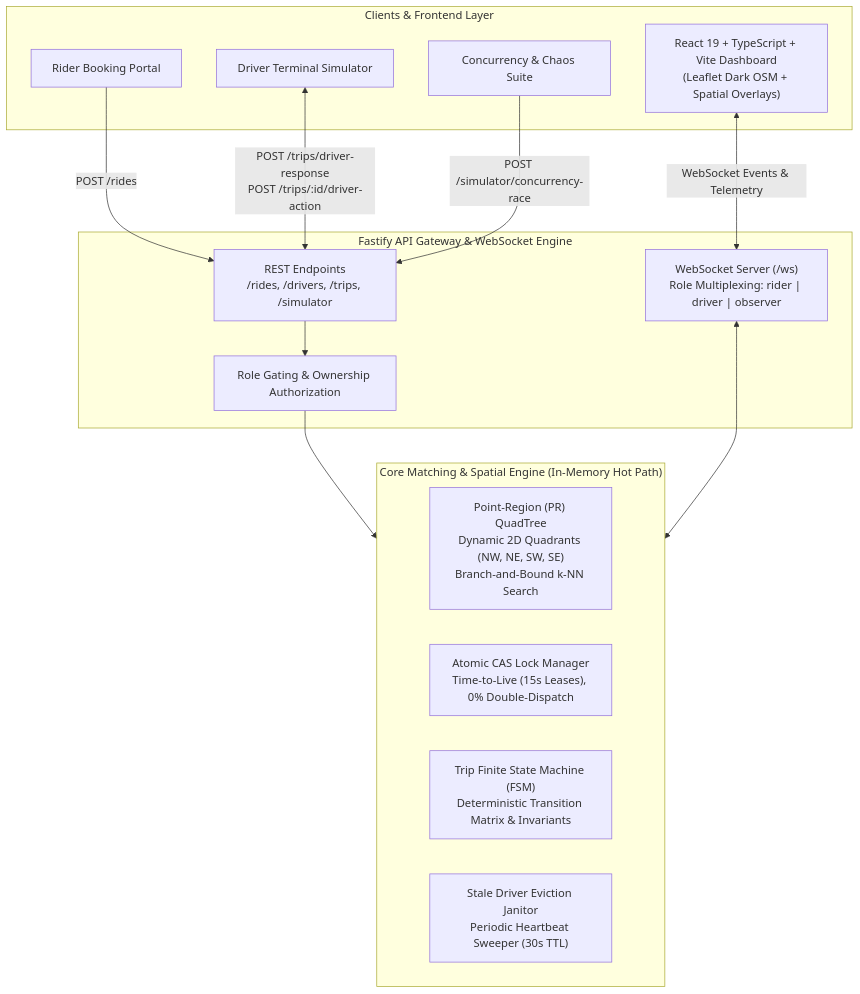
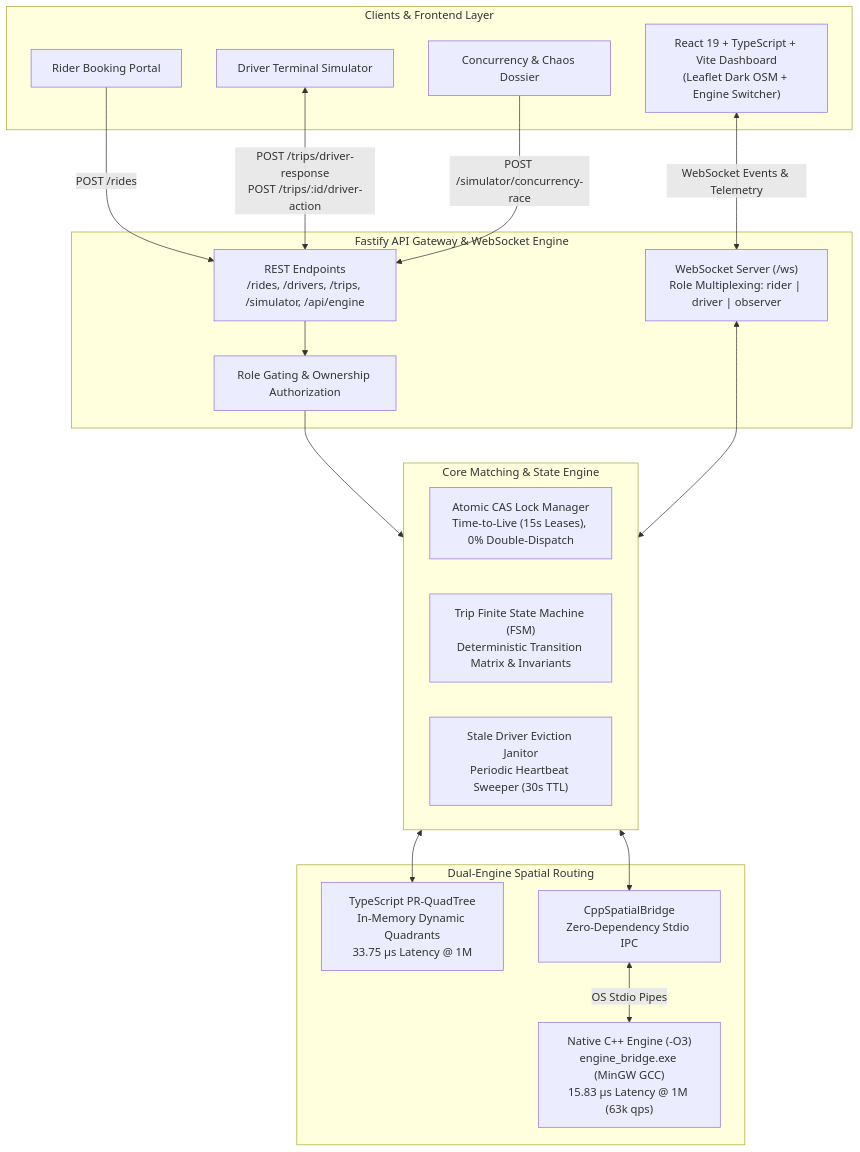
One commit to Souma061/InstaRide changed the first of 2 diagrams in README.md. Above: the diagram before and after it, drawn with Mermaid. The commit also changed other lines of this file, not shown here.

Commit message:
feat: Update README to reflect dual-engine architecture and benchmark results

````diff
--- a/README.md
+++ b/README.md
@@ -16,30 +17,38 @@
 ```mermaid
 graph TB
     subgraph Clients["Clients & Frontend Layer"]
-        UI["React 19 + TypeScript + Vite Dashboard<br/>(Leaflet Dark OSM + Spatial Overlays)"]
+        UI["React 19 + TypeScript + Vite Dashboard<br/>(Leaflet Dark OSM + Engine Switcher)"]
         RiderClient["Rider Booking Portal"]
         DriverClient["Driver Terminal Simulator"]
-        ChaosSuite["Concurrency & Chaos Suite"]
+        ChaosSuite["Concurrency & Chaos Dossier"]
     end
 
     subgraph Gateway["Fastify API Gateway & WebSocket Engine"]
-        HTTP["REST Endpoints<br/>/rides, /drivers, /trips, /simulator"]
+        HTTP["REST Endpoints<br/>/rides, /drivers, /trips, /simulator, /api/engine"]
         WS["WebSocket Server (/ws)<br/>Role Multiplexing: rider | driver | observer"]
         AuthGuard["Role Gating & Ownership Authorization"]
     end
 
-    subgraph CoreEngine["Core Matching & Spatial Engine (In-Memory Hot Path)"]
-        QT["Point-Region (PR) QuadTree<br/>Dynamic 2D Quadrants (NW, NE, SW, SE)<br/>Branch-and-Bound k-NN Search"]
+    subgraph CoreEngine["Core Matching & State Engine"]
         CAS["Atomic CAS Lock Manager<br/>Time-to-Live (15s Leases), 0% Double-Dispatch"]
         FSM["Trip Finite State Machine (FSM)<br/>Deterministic Transition Matrix & Invariants"]
         Janitor["Stale Driver Eviction Janitor<br/>Periodic Heartbeat Sweeper (30s TTL)"]
+    end
+
+    subgraph SpatialEngines["Dual-Engine Spatial Routing"]
+        TS_QT["TypeScript PR-QuadTree<br/>In-Memory Dynamic Quadrants<br/>33.75 μs Latency @ 1M"]
+        CPP_Bridge["CppSpatialBridge<br/>Zero-Dependency Stdio IPC"]
+        CPP_EXE["Native C++ Engine (-O3)<br/>engine_bridge.exe (MinGW GCC)<br/>15.83 μs Latency @ 1M (63k qps)"]
     end
 
     UI <-->|WebSocket Events & Telemetry| WS
     RiderClient -->|POST /rides| HTTP
     DriverClient <-->|POST /trips/driver-response<br/>POST /trips/:id/driver-action| HTTP
     ChaosSuite -->|POST /simulator/concurrency-race| HTTP
     HTTP --> AuthGuard
     AuthGuard --> CoreEngine
+    CoreEngine <--> TS_QT
+    CoreEngine <--> CPP_Bridge
+    CPP_Bridge <-->|OS Stdio Pipes| CPP_EXE
     WS <--> CoreEngine
 ```
````
